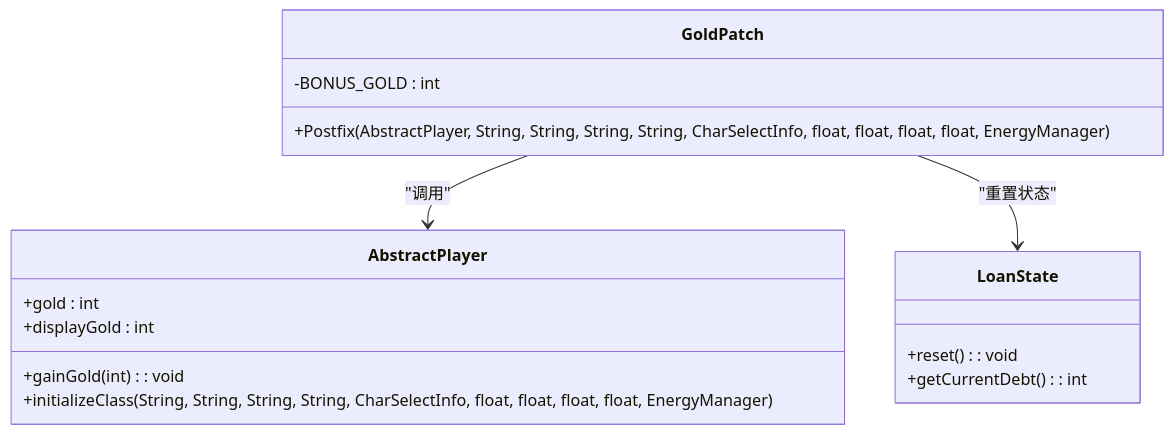
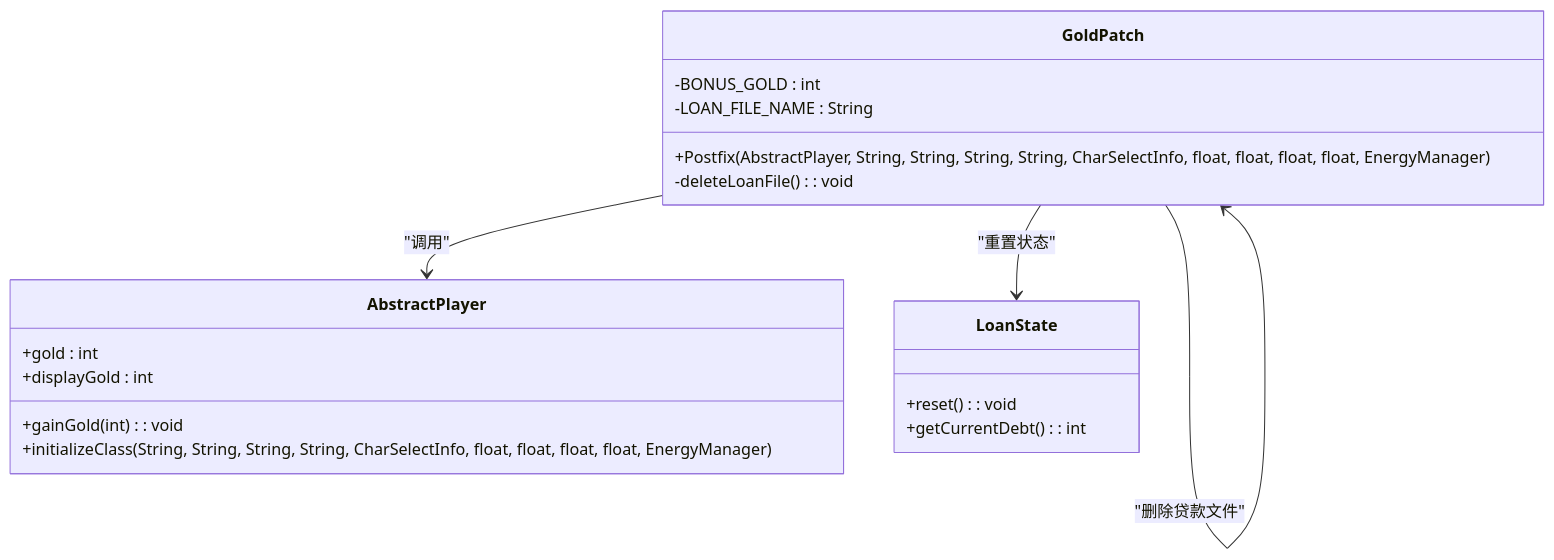
One commit to StephenZhuang/SpireMod changed the third of 8 diagrams in .qoder/repowiki/zh/content/核心功能/初始资源增益系统.md. Above: the diagram before and after it, drawn with Mermaid. The commit also changed other lines of this file and 35 other files, not shown here.

````diff
--- a/.qoder/repowiki/zh/content/核心功能/初始资源增益系统.md
+++ b/.qoder/repowiki/zh/content/核心功能/初始资源增益系统.md
@@ -151,19 +165,22 @@
 ```mermaid
 classDiagram
 class GoldPatch {
 -BONUS_GOLD : int
+-LOAN_FILE_NAME : String
 +Postfix(AbstractPlayer, String, String, String, String, CharSelectInfo, float, float, float, float, EnergyManager)
+-deleteLoanFile() : void
 }
 class AbstractPlayer {
 +gold : int
 +displayGold : int
 +gainGold(int) : void
 +initializeClass(String, String, String, String, CharSelectInfo, float, float, float, float, EnergyManager)
 }
 class LoanState {
 +reset() : void
 +getCurrentDebt() : int
 }
 GoldPatch --> AbstractPlayer : "调用"
 GoldPatch --> LoanState : "重置状态"
+GoldPatch --> GoldPatch : "删除贷款文件"
 ```
````
